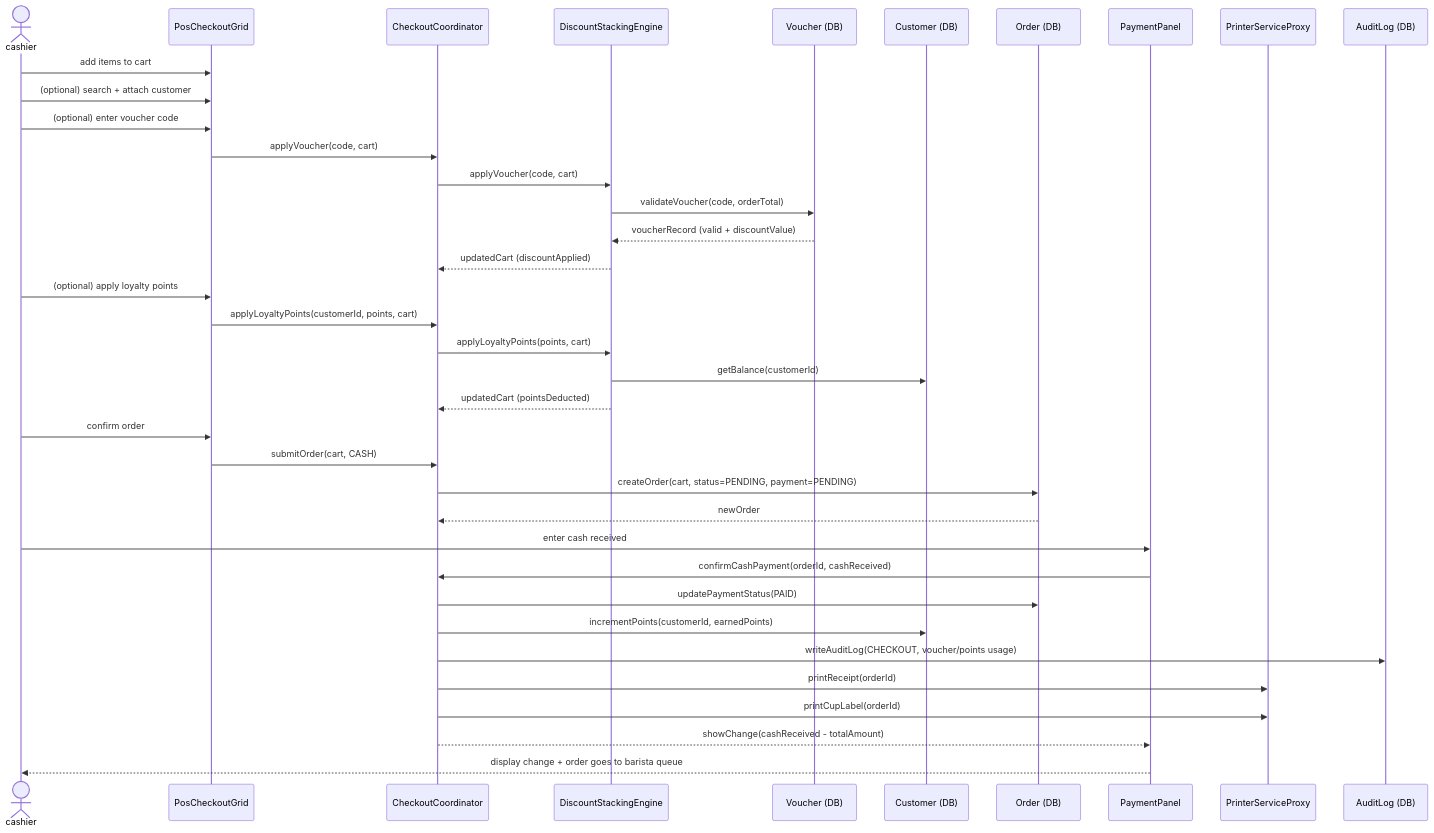
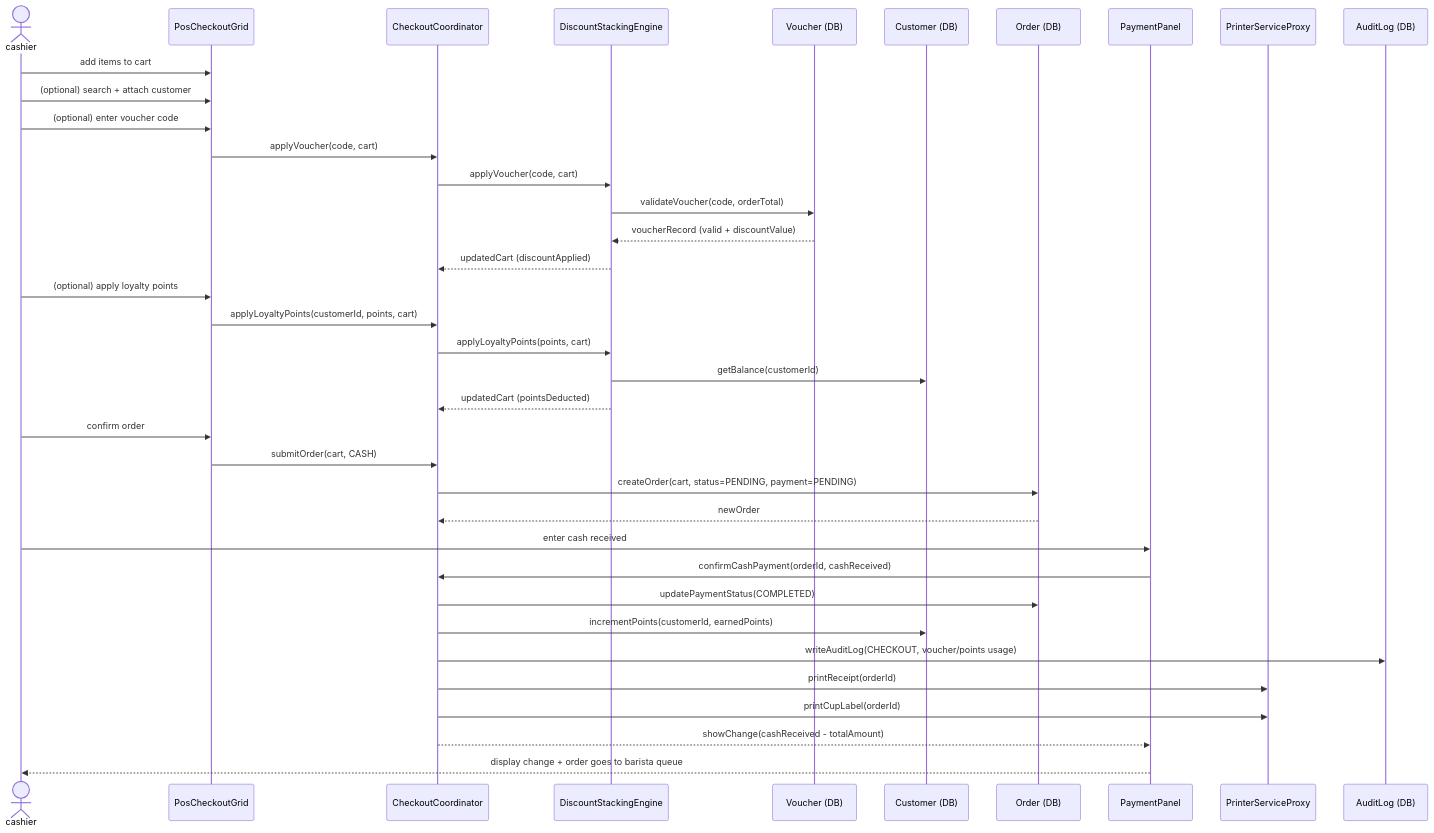
Before and after one commit to Shaichi/Khoga_coffe_shop: the third of 6 diagrams in rds_sections/10_detailed_3_7_pos_transaction.md, drawn with Mermaid. The commit also changed other lines of this file and 15 other files, not shown here.

````diff
--- a/rds_sections/10_detailed_3_7_pos_transaction.md
+++ b/rds_sections/10_detailed_3_7_pos_transaction.md
@@ -161,43 +161,43 @@
 ```mermaid
 sequenceDiagram
     actor cashier
     participant PosGrid as PosCheckoutGrid
     participant CheckoutCoord as CheckoutCoordinator
     participant DiscountEngine as DiscountStackingEngine
     participant VoucherDB as Voucher (DB)
     participant CustomerDB as Customer (DB)
     participant OrderDB as Order (DB)
     participant PayPanel as PaymentPanel
     participant PrintSvc as PrinterServiceProxy
     participant AuditDB as AuditLog (DB)
 
     cashier->>PosGrid: add items to cart
     cashier->>PosGrid: (optional) search + attach customer
     cashier->>PosGrid: (optional) enter voucher code
     PosGrid->>CheckoutCoord: applyVoucher(code, cart)
     CheckoutCoord->>DiscountEngine: applyVoucher(code, cart)
     DiscountEngine->>VoucherDB: validateVoucher(code, orderTotal)
     VoucherDB-->>DiscountEngine: voucherRecord (valid + discountValue)
     DiscountEngine-->>CheckoutCoord: updatedCart (discountApplied)
 
     cashier->>PosGrid: (optional) apply loyalty points
     PosGrid->>CheckoutCoord: applyLoyaltyPoints(customerId, points, cart)
     CheckoutCoord->>DiscountEngine: applyLoyaltyPoints(points, cart)
     DiscountEngine->>CustomerDB: getBalance(customerId)
     DiscountEngine-->>CheckoutCoord: updatedCart (pointsDeducted)
 
     cashier->>PosGrid: confirm order
     PosGrid->>CheckoutCoord: submitOrder(cart, CASH)
     CheckoutCoord->>OrderDB: createOrder(cart, status=PENDING, payment=PENDING)
     OrderDB-->>CheckoutCoord: newOrder
 
     cashier->>PayPanel: enter cash received
     PayPanel->>CheckoutCoord: confirmCashPayment(orderId, cashReceived)
-    CheckoutCoord->>OrderDB: updatePaymentStatus(PAID)
+    CheckoutCoord->>OrderDB: updatePaymentStatus(COMPLETED)
     CheckoutCoord->>CustomerDB: incrementPoints(customerId, earnedPoints)
     CheckoutCoord->>AuditDB: writeAuditLog(CHECKOUT, voucher/points usage)
     CheckoutCoord->>PrintSvc: printReceipt(orderId)
     CheckoutCoord->>PrintSvc: printCupLabel(orderId)
     CheckoutCoord-->>PayPanel: showChange(cashReceived - totalAmount)
     PayPanel-->>cashier: display change + order goes to barista queue
 ```
````
